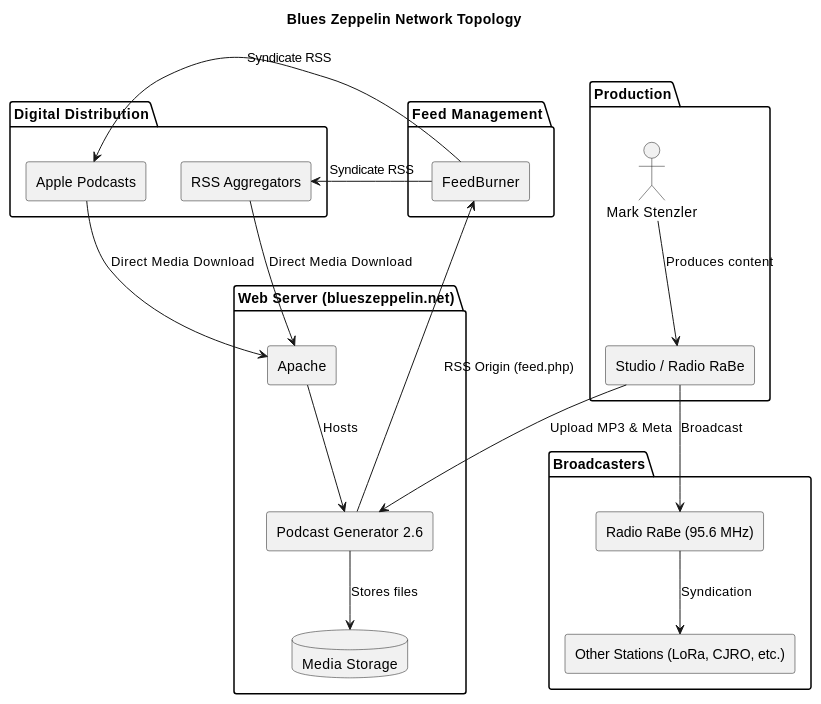
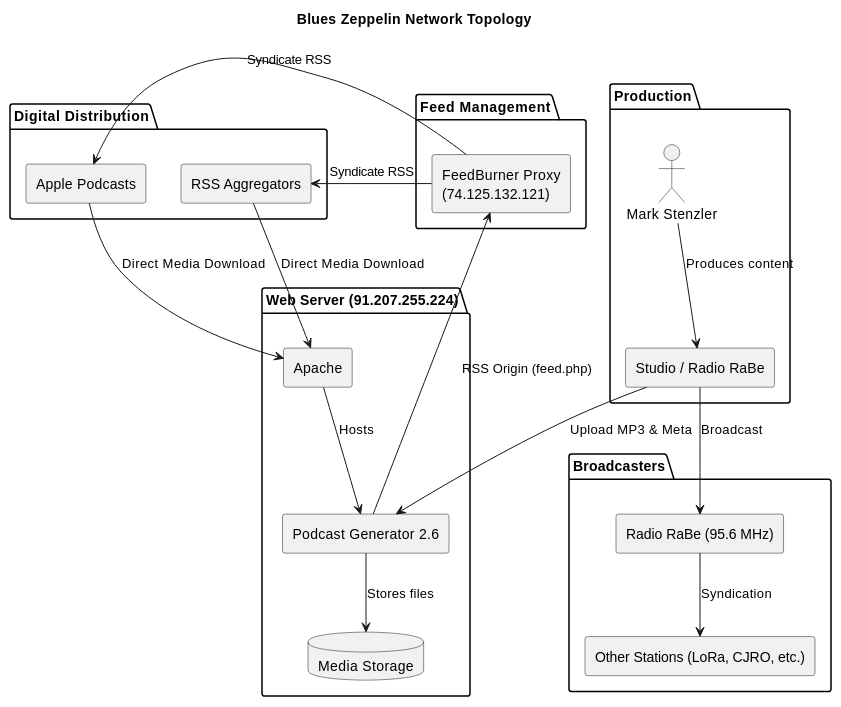
The diagram in README.md (chatelao/blueszeppelin-architecture), drawn with PlantUML before and after one commit. The commit also changed other lines of this file and 2 other files, not shown here.

````diff
--- a/README.md
+++ b/README.md
@@ -44,48 +69,48 @@
 ```plantuml
 @startuml
 title Blues Zeppelin Network Topology
 
 skinparam componentStyle rectangle
 
 package "Production" {
     actor "Mark Stenzler" as Mark
     [Studio / Radio RaBe] as Studio
 }
 
-package "Web Server (blueszeppelin.net)" {
+package "Web Server (91.207.255.224)" {
     [Apache] as WebServer
     [Podcast Generator 2.6] as PodGen
     database "Media Storage" as Media
 }
 
 package "Feed Management" {
-    [FeedBurner] as FB
+    [FeedBurner Proxy\n(74.125.132.121)] as FB
 }
 
 package "Broadcasters" {
     [Radio RaBe (95.6 MHz)] as RaBe
     [Other Stations (LoRa, CJRO, etc.)] as OtherRadio
 }
 
 package "Digital Distribution" {
     [Apple Podcasts] as Apple
     [RSS Aggregators] as RSS
 }
 
 Mark --> Studio : Produces content
 Studio --> PodGen : Upload MP3 & Meta
 PodGen -down-> Media : Stores files
 WebServer -down-> PodGen : Hosts
 
 PodGen -right-> FB : RSS Origin (feed.php)
 FB -right-> Apple : Syndicate RSS
 FB -right-> RSS : Syndicate RSS
 
 Studio --> RaBe : Broadcast
 RaBe --> OtherRadio : Syndication
 
 Apple -down-> WebServer : Direct Media Download
 RSS -down-> WebServer : Direct Media Download
 
 @enduml
 ```
````
